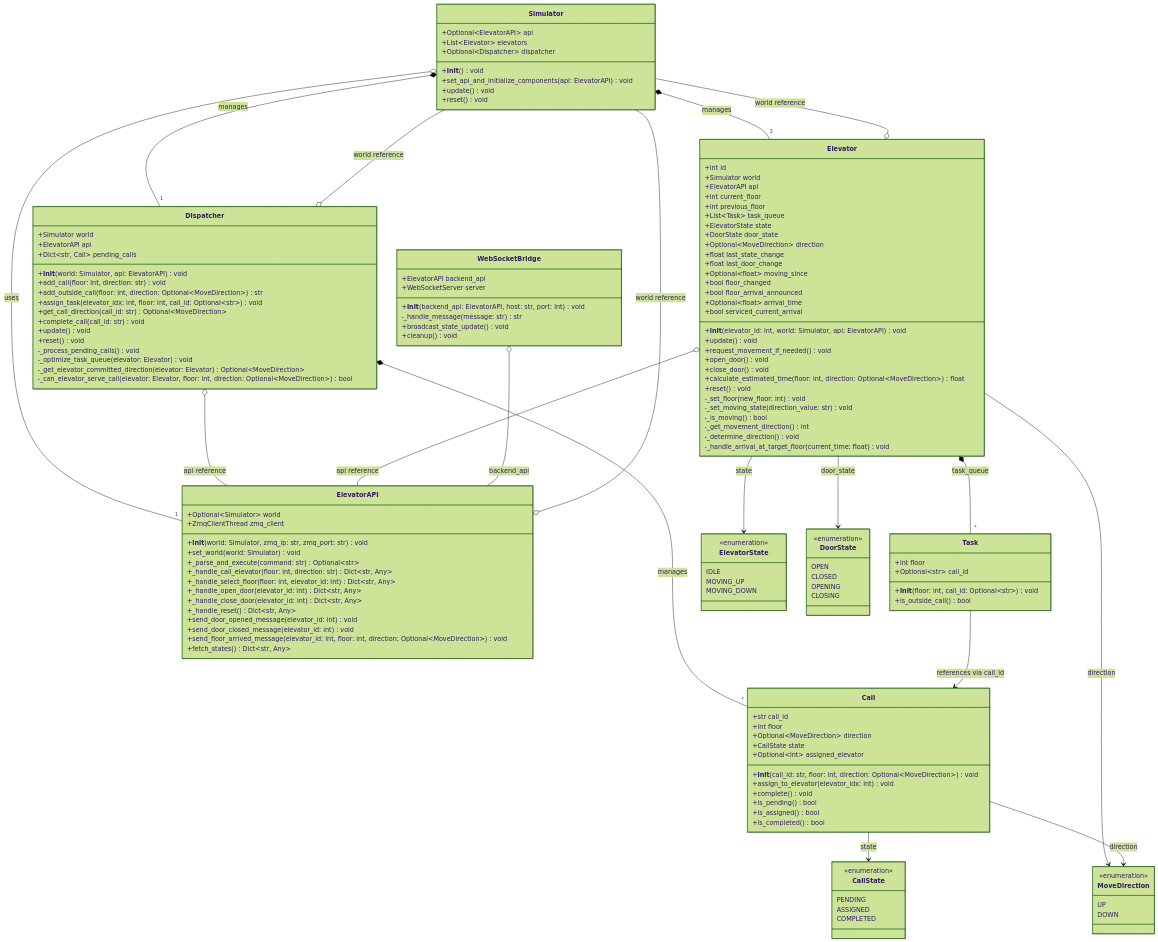
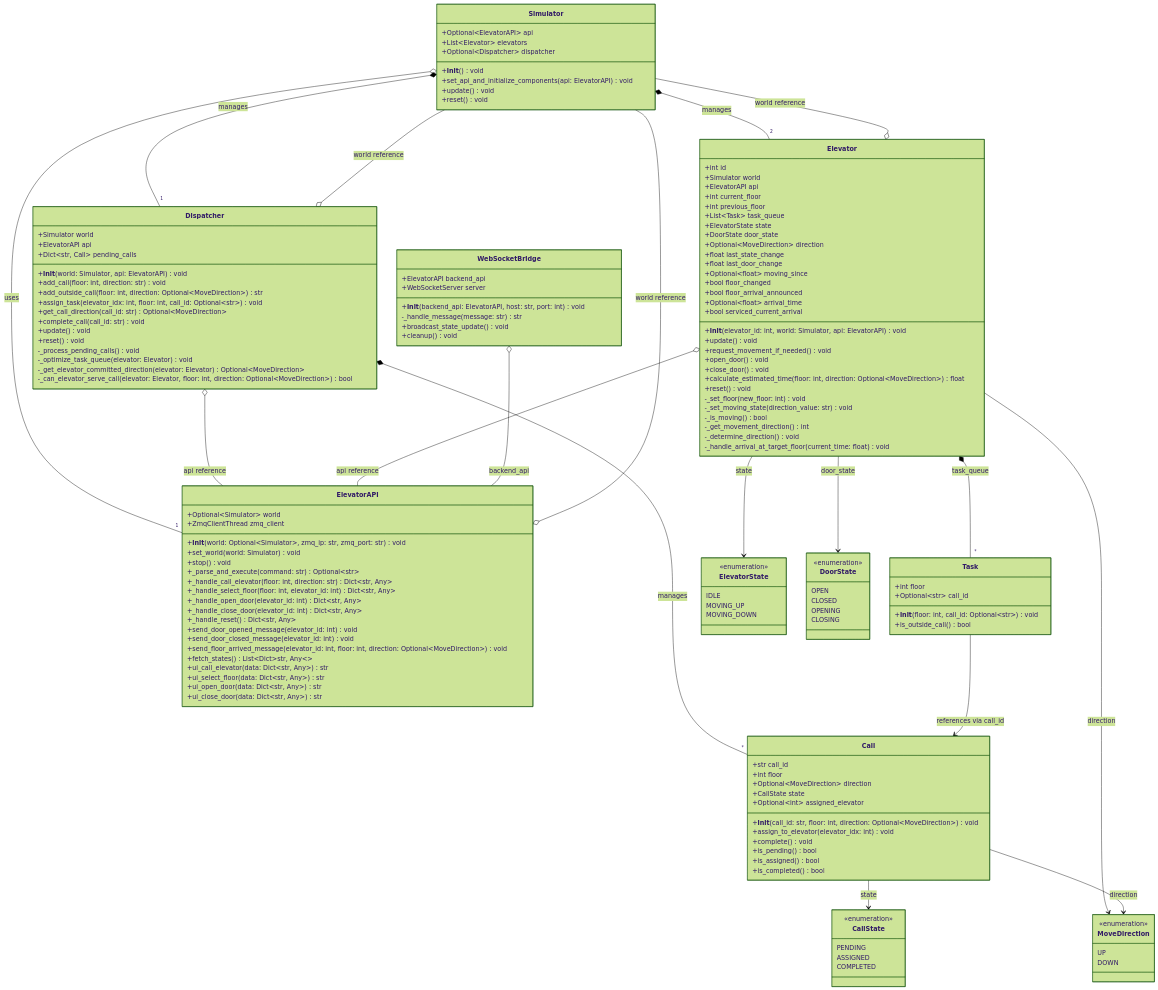
The first of 5 diagrams in docs/specification.md (zivmax/cs132-elevator), drawn with Mermaid (forest theme) before and after one commit. The commit also changed other lines of this file and 25 other files, not shown here.

Commit message:
docs: Add comprehensive unit tests for Elevator, models, and simulator functionality

```diff
--- a/docs/specification.md
+++ b/docs/specification.md
@@ -110,8 +117,9 @@
     class ElevatorAPI {
         +Optional~Simulator~ world
         +ZmqClientThread zmq_client
-        +__init__(world: Simulator, zmq_ip: str, zmq_port: str) void
+        +__init__(world: Optional~Simulator~, zmq_ip: str, zmq_port: str) void
         +set_world(world: Simulator) void
+        +stop() void
         +_parse_and_execute(command: str) Optional~str~
         +_handle_call_elevator(floor: int, direction: str) Dict~str, Any~
         +_handle_select_floor(floor: int, elevator_id: int) Dict~str, Any~
@@ -121,7 +129,11 @@
         +send_door_opened_message(elevator_id: int) void
         +send_door_closed_message(elevator_id: int) void
         +send_floor_arrived_message(elevator_id: int, floor: int, direction: Optional~MoveDirection~) void
-        +fetch_states() Dict~str, Any~
+        +fetch_states() List~Dict~str, Any~~
+        +ui_call_elevator(data: Dict~str, Any~) str
+        +ui_select_floor(data: Dict~str, Any~) str
+        +ui_open_door(data: Dict~str, Any~) str
+        +ui_close_door(data: Dict~str, Any~) str
     }
 
     class Dispatcher {
```
